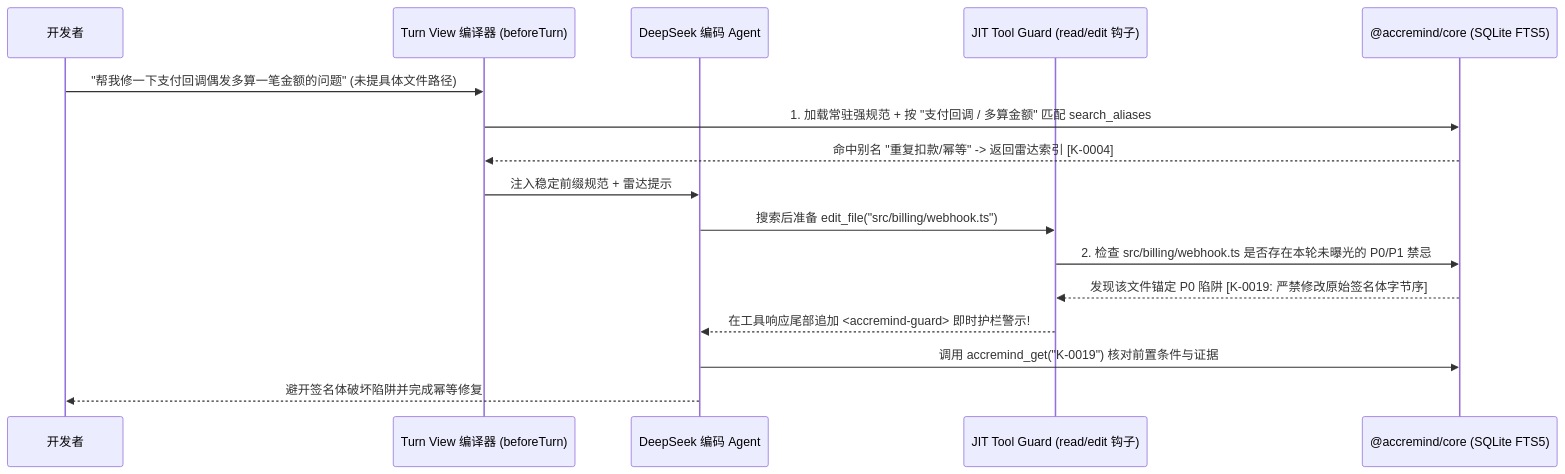
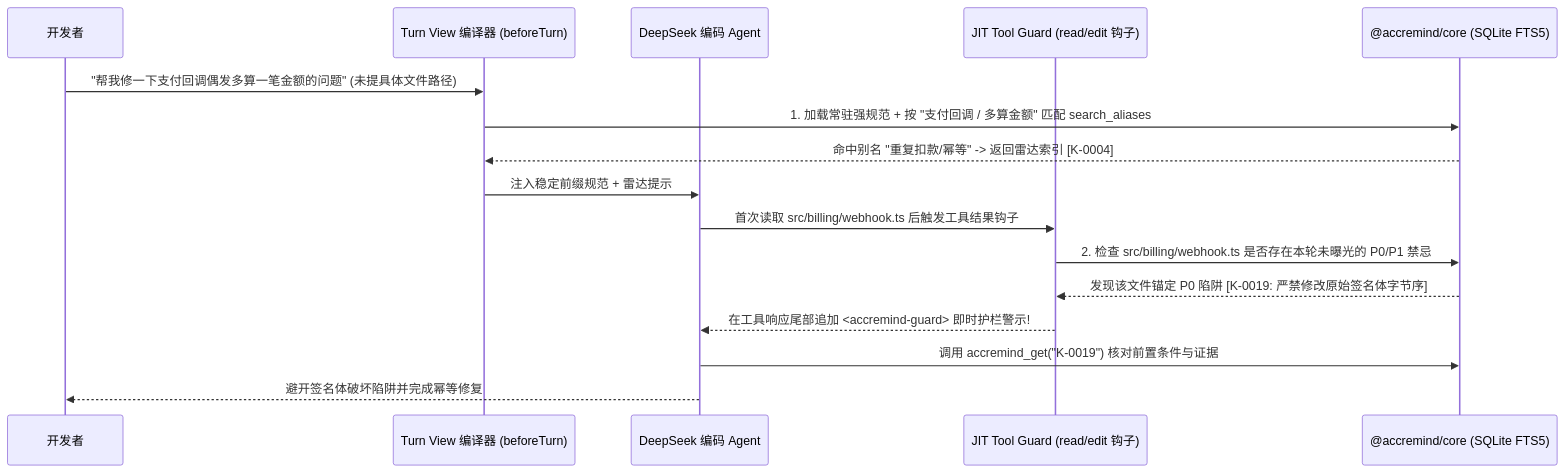
The diagram in AI 研发知识基座 DSH本地插件产品设计方案 V3.md (ninthmonee/AccreMind), drawn with Mermaid before and after one commit. The commit also changed other lines of this file and 35 other files, not shown here.

````diff
--- a/AI 研发知识基座 DSH本地插件产品设计方案 V3.md
+++ b/AI 研发知识基座 DSH本地插件产品设计方案 V3.md
@@ -151,19 +193,19 @@
 ```mermaid
 sequenceDiagram
     participant Dev as 开发者
     participant Turn as Turn View 编译器 (beforeTurn)
     participant Agent as DeepSeek 编码 Agent
     participant Guard as JIT Tool Guard (read/edit 钩子)
     participant Core as @accremind/core (SQLite FTS5)
 
     Dev->>Turn: "帮我修一下支付回调偶发多算一笔金额的问题" (未提具体文件路径)
     Turn->>Core: 1. 加载常驻强规范 + 按 "支付回调 / 多算金额" 匹配 search_aliases
     Core-->>Turn: 命中别名 "重复扣款/幂等" -> 返回雷达索引 [K-0004]
     Turn->>Agent: 注入稳定前缀规范 + 雷达提示
-    Agent->>Guard: 搜索后准备 edit_file("src/billing/webhook.ts")
+    Agent->>Guard: 首次读取 src/billing/webhook.ts 后触发工具结果钩子
     Guard->>Core: 2. 检查 src/billing/webhook.ts 是否存在本轮未曝光的 P0/P1 禁忌
     Core-->>Guard: 发现该文件锚定 P0 陷阱 [K-0019: 严禁修改原始签名体字节序]
     Guard-->>Agent: 在工具响应尾部追加 <accremind-guard> 即时护栏警示!
     Agent->>Core: 调用 accremind_get("K-0019") 核对前置条件与证据
     Agent-->>Dev: 避开签名体破坏陷阱并完成幂等修复
 ```
````
